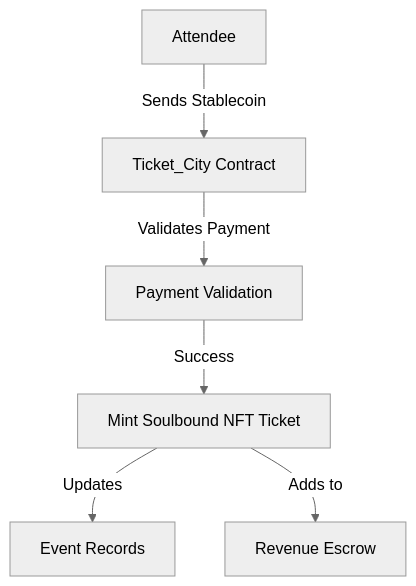
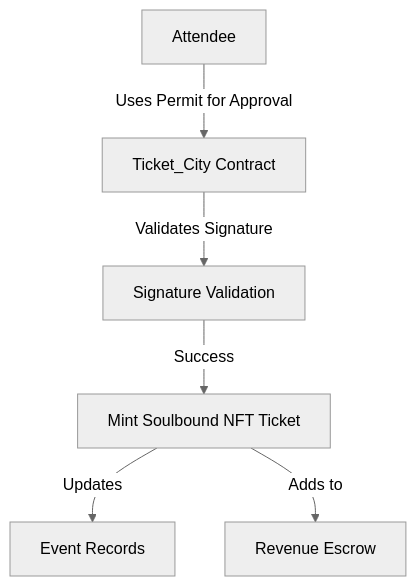
Before and after one commit to DevBigEazi/TicketCity: the second of 6 diagrams in README.md, drawn with Mermaid (neutral theme). The commit also changed other lines of this file, not shown here.

````diff
--- a/README.md
+++ b/README.md
@@ -292,8 +298,8 @@
 ```mermaid
 graph TD
-    A[Attendee] -->|Sends Stablecoin| B[Ticket_City Contract]
-    B -->|Validates Payment| C[Payment Validation]
+    A[Attendee] -->|Uses Permit for Approval| B[Ticket_City Contract]
+    B -->|Validates Signature| C[Signature Validation]
     C -->|Success| D[Mint Soulbound NFT Ticket]
     D -->|Updates| E[Event Records]
     D -->|Adds to| F[Revenue Escrow]
 ```
````
